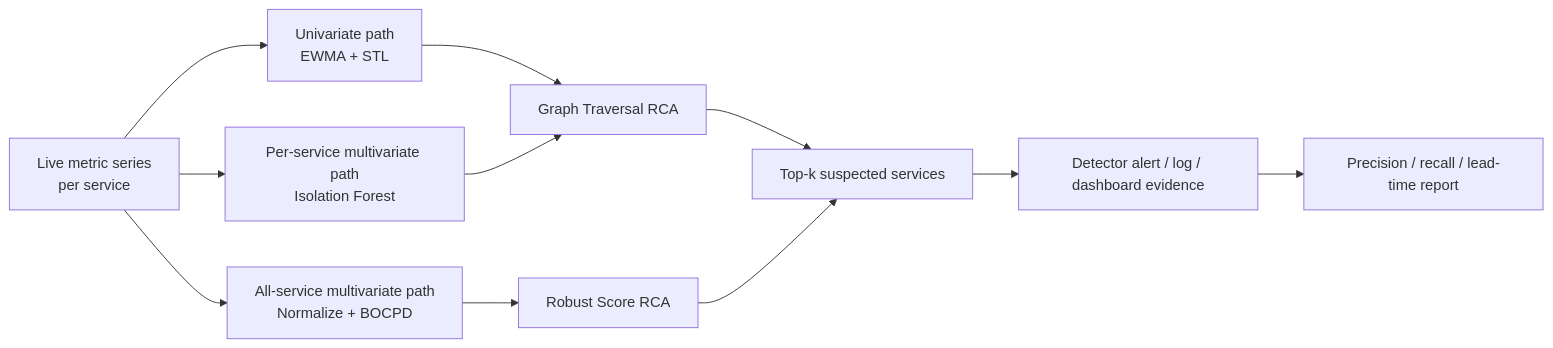
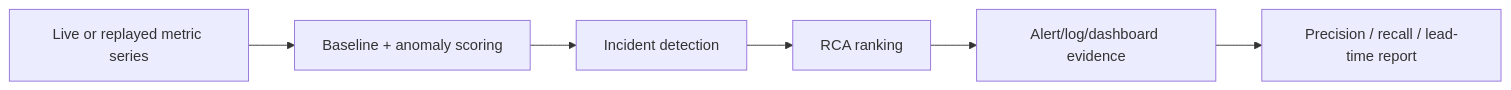
One commit to tf2-team/tf2-corp-platform changed the second of 2 diagrams in src/aio/docs/mandates/MANDATE-07-jira-tickets.md. Above: the diagram before and after it, drawn with Mermaid. The commit also changed other lines of this file, not shown here.

````diff
--- a/src/aio/docs/mandates/MANDATE-07-jira-tickets.md
+++ b/src/aio/docs/mandates/MANDATE-07-jira-tickets.md
@@ -156,15 +234,8 @@
 ```mermaid
 graph LR
-    A["Live metric series<br/>per service"] --> B["Univariate path<br/>EWMA + STL"]
-    A --> C["Per-service multivariate path<br/>Isolation Forest"]
-    A --> D["All-service multivariate path<br/>Normalize + BOCPD"]
-
-    B --> E["Graph Traversal RCA"]
-    C --> E
-    D --> F["Robust Score RCA"]
-
-    E --> G["Top-k suspected services"]
-    F --> G
-    G --> H["Detector alert / log / dashboard evidence"]
-    H --> I["Precision / recall / lead-time report"]
+    A["Live or replayed metric series"] --> B["Baseline + anomaly scoring"]
+    B --> C["Incident detection"]
+    C --> D["RCA ranking"]
+    D --> E["Alert/log/dashboard evidence"]
+    E --> F["Precision / recall / lead-time report"]
 ```
````
